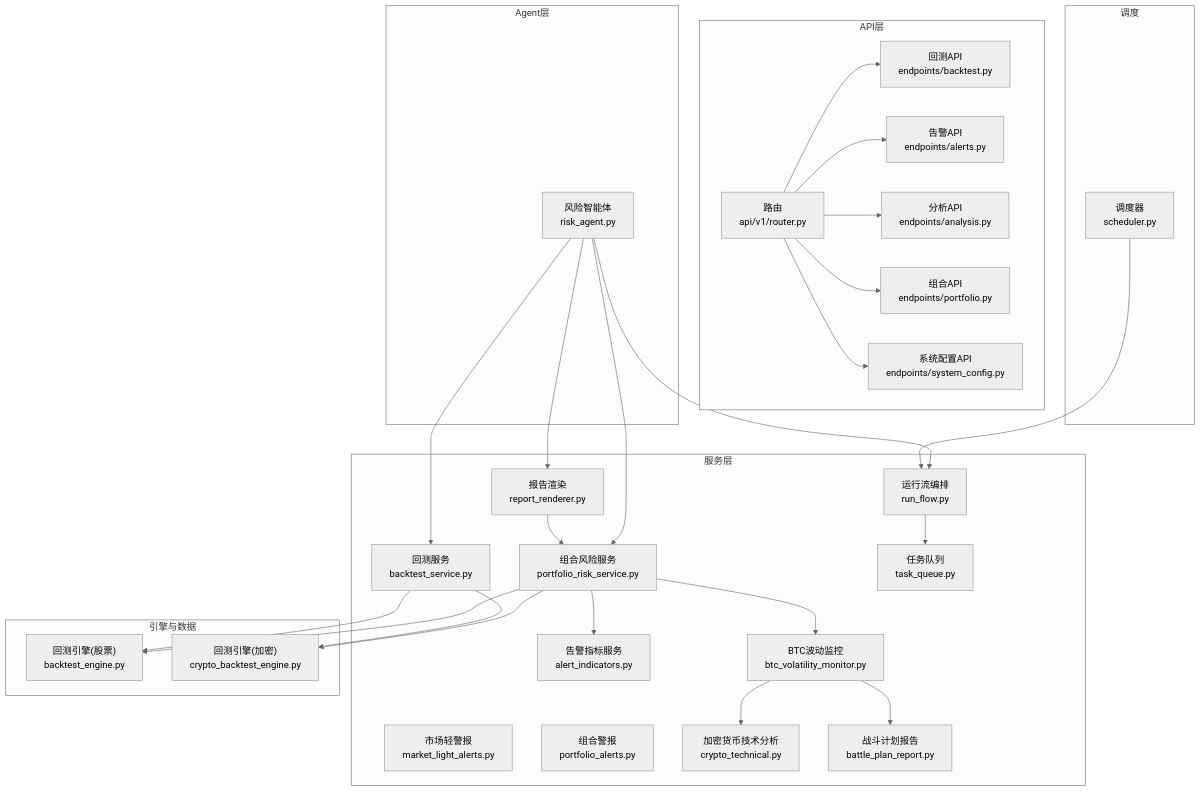
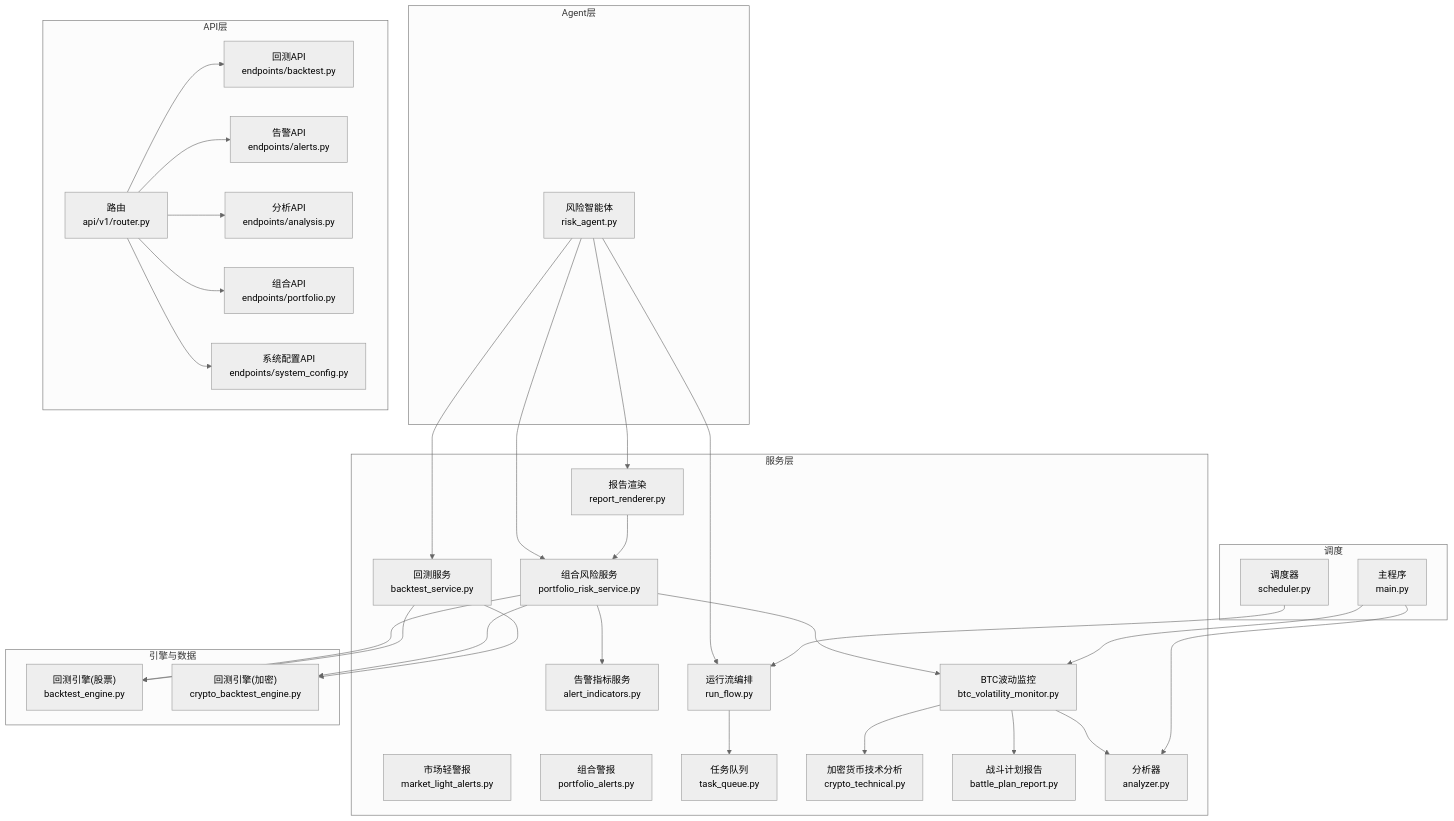
The first of 9 diagrams in .qoder/repowiki/zh/content/AI智能体系统/专业智能体/风险管理智能体.md (anYaoooo/daily_stock_analysis), drawn with Mermaid (neutral theme) before and after one commit. The commit also changed other lines of this file and 29 other files, not shown here.

````diff
--- a/.qoder/repowiki/zh/content/AI智能体系统/专业智能体/风险管理智能体.md
+++ b/.qoder/repowiki/zh/content/AI智能体系统/专业智能体/风险管理智能体.md
@@ -61,54 +63,59 @@
 ```mermaid
 graph TB
 subgraph "Agent层"
 RA["风险智能体<br/>risk_agent.py"]
 end
 subgraph "服务层"
 PRS["组合风险服务<br/>portfolio_risk_service.py"]
 AIS["告警指标服务<br/>alert_indicators.py"]
 BVS["BTC波动监控<br/>btc_volatility_monitor.py"]
 BRS["回测服务<br/>backtest_service.py"]
 RR["报告渲染<br/>report_renderer.py"]
 MLA["市场轻警报<br/>market_light_alerts.py"]
 PA["组合警报<br/>portfolio_alerts.py"]
 RF["运行流编排<br/>run_flow.py"]
 TQ["任务队列<br/>task_queue.py"]
 CT["加密货币技术分析<br/>crypto_technical.py"]
 BP["战斗计划报告<br/>battle_plan_report.py"]
+AN["分析器<br/>analyzer.py"]
 end
 subgraph "引擎与数据"
 BE["回测引擎(股票)<br/>backtest_engine.py"]
 CBE["回测引擎(加密)<br/>crypto_backtest_engine.py"]
 end
 subgraph "API层"
 AR["路由<br/>api/v1/router.py"]
 BA["回测API<br/>endpoints/backtest.py"]
 AA["告警API<br/>endpoints/alerts.py"]
 ANA["分析API<br/>endpoints/analysis.py"]
 PO["组合API<br/>endpoints/portfolio.py"]
 SC["系统配置API<br/>endpoints/system_config.py"]
 end
 subgraph "调度"
 SCH["调度器<br/>scheduler.py"]
+MAIN["主程序<br/>main.py"]
 end
 RA --> PRS
 RA --> BRS
 RA --> RR
 RA --> RF
 PRS --> BE
 PRS --> CBE
 PRS --> AIS
 PRS --> BVS
 BVS --> CT
 BVS --> BP
+BVS --> AN
 BRS --> BE
 BRS --> CBE
 RR --> PRS
 RF --> TQ
 AR --> BA
 AR --> AA
 AR --> ANA
 AR --> PO
 AR --> SC
 SCH --> RF
+MAIN --> BVS
+MAIN --> AN
 ```
````
